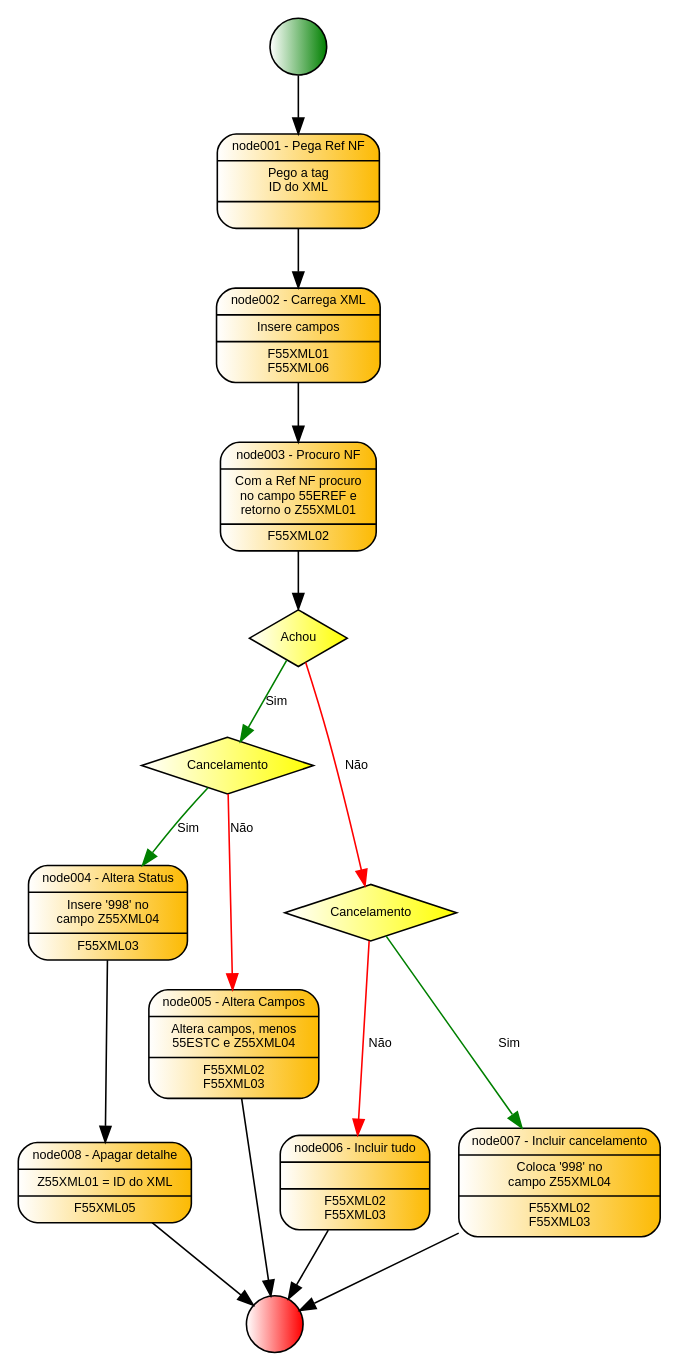
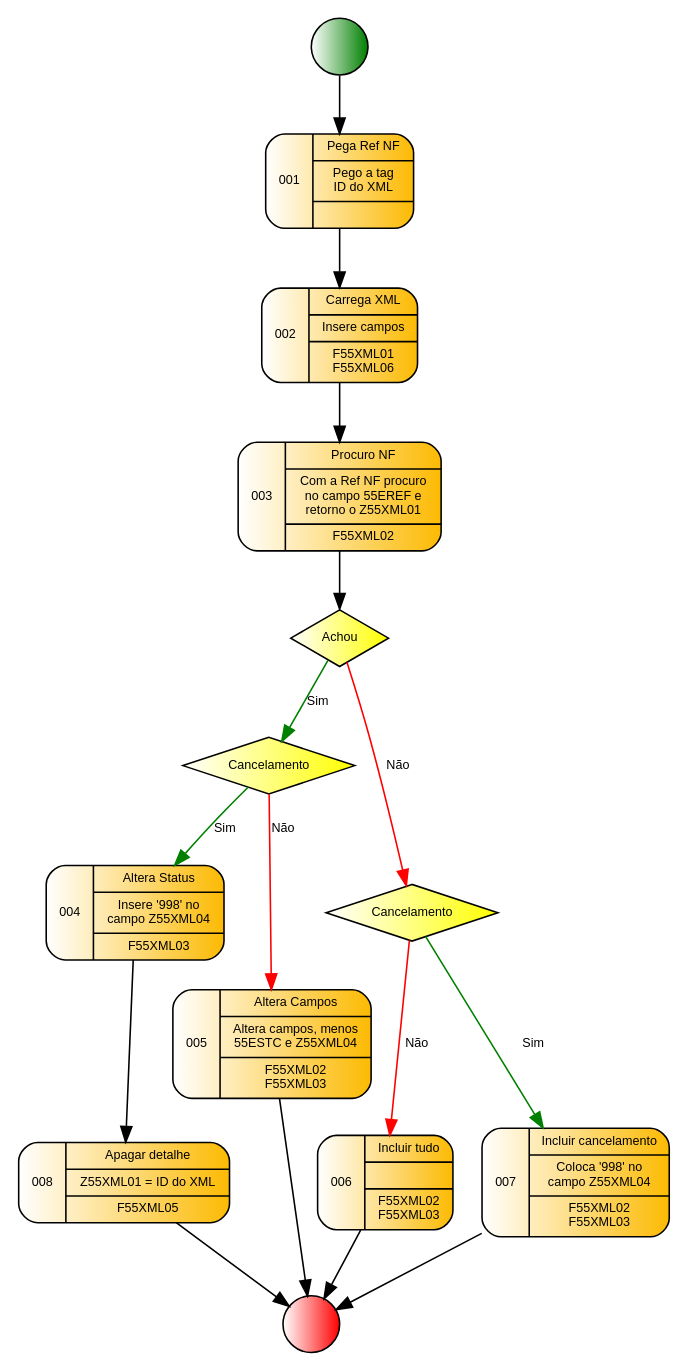
One commit to GiovaniPM/Graphs changed the diagram in XML Process.gv. Above: the diagram before and after it, drawn with Graphviz.

Commit message:
giova(DESKTOP-PG18CKU) 200229082655

```diff
--- a/XML Process.gv
+++ b/XML Process.gv
@@ -1,117 +1,117 @@
 digraph R {
     nodeini [
                 shape=circle,
                 style="filled",
                 fillcolor="white:green",
                 label=""
             ]
     node001 [
                 fontname = "Arial",
                 fontsize = 8,
                 shape=record,
                 style="rounded,filled",
                 fillcolor="white:#fcba03"
-                label="{node001 - Pega Ref NF|Pego a tag\n ID do XML|}"
+                label="001|{Pega Ref NF|Pego a tag\n ID do XML|}"
             ]
     node002 [
                 fontname = "Arial",
                 fontsize = 8,
                 shape=record,
                 style="rounded,filled",
                 fillcolor="white:#fcba03"
-                label="{node002 - Carrega XML|Insere campos|F55XML01\nF55XML06}"
+                label="002|{Carrega XML|Insere campos|F55XML01\nF55XML06}"
             ]
     node003 [
                 fontname = "Arial",
                 fontsize = 8,
                 shape=record,
                 style="rounded,filled",
                 fillcolor="white:#fcba03"
-                label="{node003 - Procuro NF|Com a Ref NF procuro\nno campo 55EREF e\nretorno o Z55XML01|F55XML02}"
+                label="003|{Procuro NF|Com a Ref NF procuro\nno campo 55EREF e\nretorno o Z55XML01|F55XML02}"
             ]
     node004 [
                 fontname = "Arial",
                 fontsize = 8,
                 shape=record,
                 style="rounded,filled",
                 fillcolor="white:#fcba03"
-                label="{node004 - Altera Status|Insere '998' no\ncampo Z55XML04|F55XML03}"
+                label="004|{Altera Status|Insere '998' no\ncampo Z55XML04|F55XML03}"
             ]
     node005 [
                 fontname = "Arial",
                 fontsize = 8,
                 shape=record,
                 style="rounded,filled",
                 fillcolor="white:#fcba03"
-                label="{node005 - Altera Campos|Altera campos, menos\n55ESTC e Z55XML04|F55XML02\nF55XML03}"
+                label="005|{Altera Campos|Altera campos, menos\n55ESTC e Z55XML04|F55XML02\nF55XML03}"
             ]
     node006 [
                 fontname = "Arial",
                 fontsize = 8,
                 shape=record,
                 style="rounded,filled",
                 fillcolor="white:#fcba03"
-                label="{node006 - Incluir tudo||F55XML02\nF55XML03}"
+                label="006|{Incluir tudo||F55XML02\nF55XML03}"
             ]
     node007 [
                 fontname = "Arial",
                 fontsize = 8,
                 shape=record,
                 style="rounded,filled",
                 fillcolor="white:#fcba03"
-                label="{node007 - Incluir cancelamento|Coloca '998' no\ncampo Z55XML04|F55XML02\nF55XML03}"
+                label="007|{Incluir cancelamento|Coloca '998' no\ncampo Z55XML04|F55XML02\nF55XML03}"
             ]
     node008 [
                 fontname = "Arial",
                 fontsize = 8,
                 shape=record,
                 style="rounded,filled",
                 fillcolor="white:#fcba03"
-                label="{node008 - Apagar detalhe|Z55XML01 = ID do XML|F55XML05}"
+                label="008|{Apagar detalhe|Z55XML01 = ID do XML|F55XML05}"
             ]
     node010 [
                 fontname = "Arial",
                 fontsize = 8,
                 fillcolor="white:yellow",
                 style="filled",
                 shape=diamond
                 label="Achou"
             ]
     node011 [
                 fontname = "Arial",
                 fontsize = 8,
                 fillcolor="white:yellow",
                 style="filled",
                 shape=diamond
                 label="Cancelamento"
             ]
     node012 [
                 fontname = "Arial",
                 fontsize = 8,
                 fillcolor="white:yellow",
                 style="filled",
                 shape=diamond
                 label="Cancelamento"
             ]
     nodefin [
                 shape=circle,
                 style="filled",
                 fillcolor="white:red",
                 label=""
             ]
     nodeini -> node001
     node001 -> node002
     node002 -> node003
     node003 -> node010
     node010 -> node011 [fontname = "Arial", fontsize = 8, color="green", label="Sim"]
     node010 -> node012 [fontname = "Arial", fontsize = 8, color="red", label="Não"]
     node011 -> node004 [fontname = "Arial", fontsize = 8, color="green", label="Sim"]
     node011 -> node005 [fontname = "Arial", fontsize = 8, color="red", label="Não"]
     node004 -> node008
     node012 -> node007 [fontname = "Arial", fontsize = 8, color="green", label="Sim"]
     node012 -> node006 [fontname = "Arial", fontsize = 8, color="red", label="Não"]
     node008 -> nodefin
     node006 -> nodefin
     node005 -> nodefin
     node007 -> nodefin
 }
```
